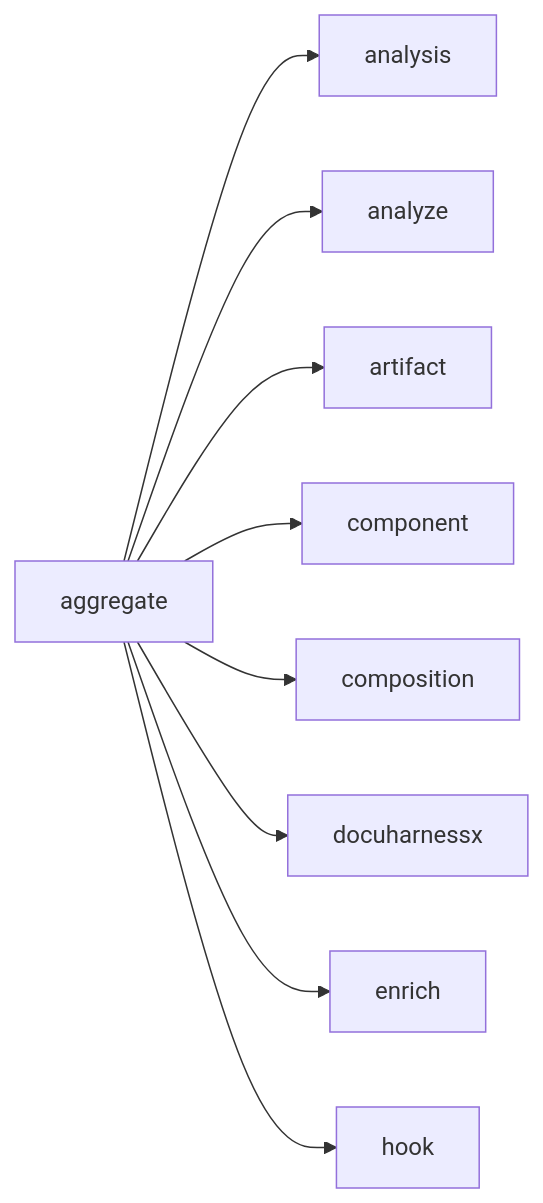
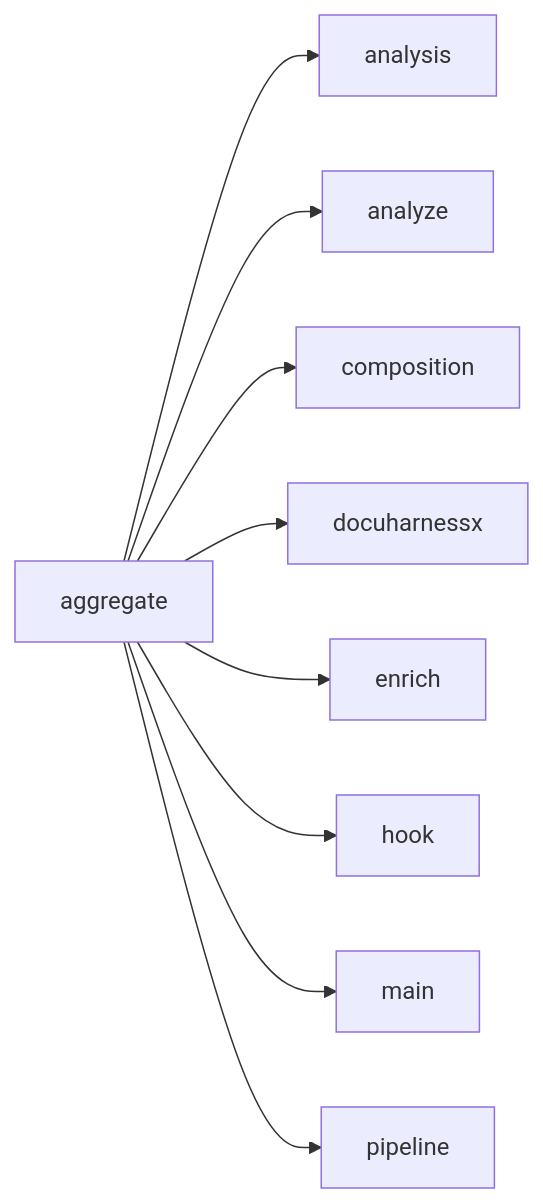
One commit to norandom/DocuHarnessX changed the first of 30 diagrams in docs/glossary.md. Above: the diagram before and after it, drawn with Mermaid. The commit also changed other lines of this file and 7 other files, not shown here.

````diff
--- a/docs/glossary.md
+++ b/docs/glossary.md
@@ -11,20 +11,20 @@
 ```mermaid
 flowchart LR
   here["aggregate"]
   r0["analysis"]
   here --> r0
   r1["analyze"]
   here --> r1
-  r2["artifact"]
+  r2["composition"]
   here --> r2
-  r3["component"]
+  r3["docuharnessx"]
   here --> r3
-  r4["composition"]
+  r4["enrich"]
   here --> r4
-  r5["docuharnessx"]
+  r5["hook"]
   here --> r5
-  r6["enrich"]
+  r6["main"]
   here --> r6
-  r7["hook"]
+  r7["pipeline"]
   here --> r7
 ```
````
